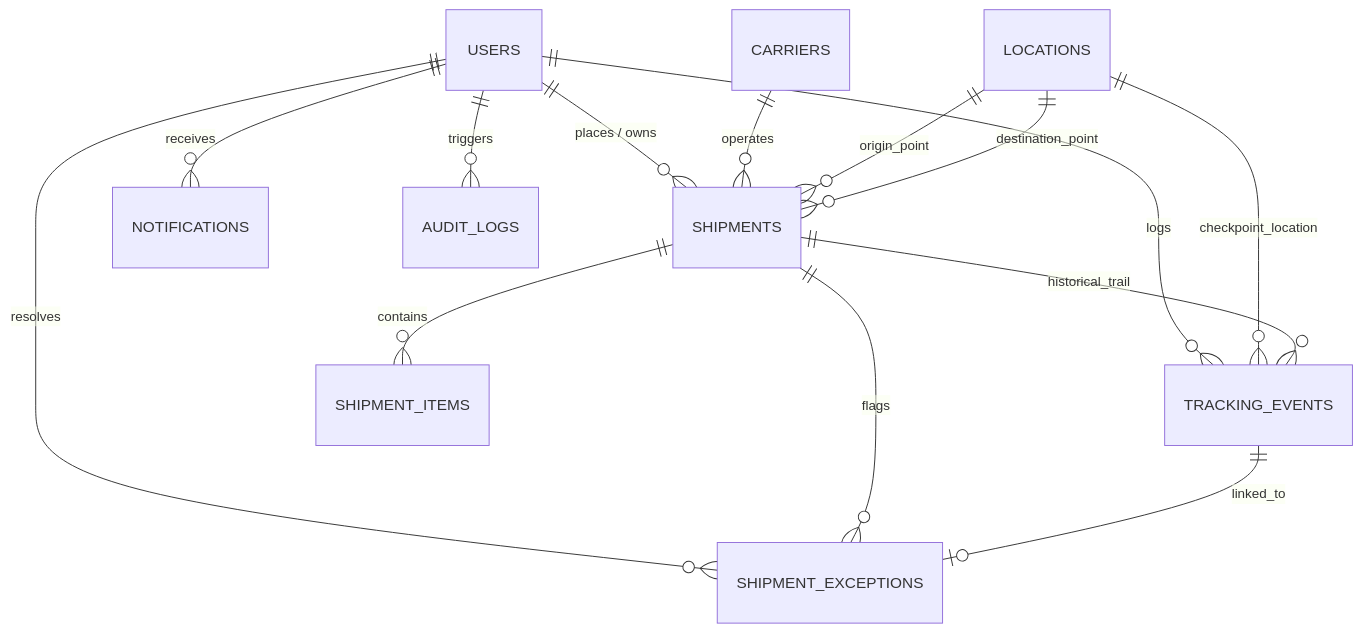
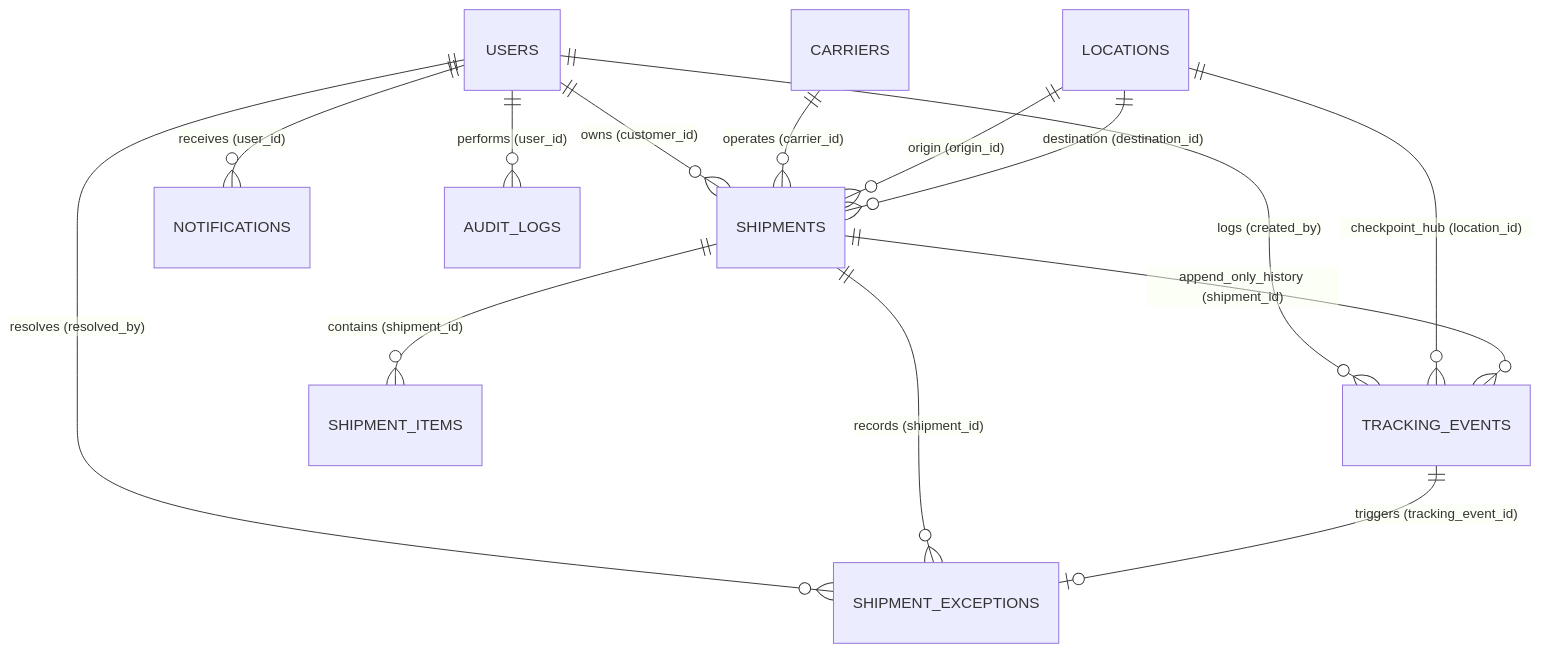
One commit to lidyawulan284-hash/CargoTrace changed the second of 2 diagrams in README.md. Above: the diagram before and after it, drawn with Mermaid. The commit also changed other lines of this file and 78 other files, not shown here.

````diff
--- a/README.md
+++ b/README.md
@@ -70,19 +92,19 @@
 ```mermaid
 erDiagram
-    USERS ||--o{ SHIPMENTS : "places / owns"
-    USERS ||--o{ TRACKING_EVENTS : "logs"
-    USERS ||--o{ SHIPMENT_EXCEPTIONS : "resolves"
-    USERS ||--o{ NOTIFICATIONS : "receives"
-    USERS ||--o{ AUDIT_LOGS : "triggers"
+    USERS ||--o{ SHIPMENTS : "owns (customer_id)"
+    USERS ||--o{ TRACKING_EVENTS : "logs (created_by)"
+    USERS ||--o{ SHIPMENT_EXCEPTIONS : "resolves (resolved_by)"
+    USERS ||--o{ NOTIFICATIONS : "receives (user_id)"
+    USERS ||--o{ AUDIT_LOGS : "performs (user_id)"
 
-    CARRIERS ||--o{ SHIPMENTS : "operates"
+    CARRIERS ||--o{ SHIPMENTS : "operates (carrier_id)"
 
-    LOCATIONS ||--o{ SHIPMENTS : "origin_point"
-    LOCATIONS ||--o{ SHIPMENTS : "destination_point"
-    LOCATIONS ||--o{ TRACKING_EVENTS : "checkpoint_location"
+    LOCATIONS ||--o{ SHIPMENTS : "origin (origin_id)"
+    LOCATIONS ||--o{ SHIPMENTS : "destination (destination_id)"
+    LOCATIONS ||--o{ TRACKING_EVENTS : "checkpoint_hub (location_id)"
 
-    SHIPMENTS ||--o{ SHIPMENT_ITEMS : "contains"
-    SHIPMENTS ||--o{ TRACKING_EVENTS : "historical_trail"
-    SHIPMENTS ||--o{ SHIPMENT_EXCEPTIONS : "flags"
-    TRACKING_EVENTS ||--o| SHIPMENT_EXCEPTIONS : "linked_to"
+    SHIPMENTS ||--o{ SHIPMENT_ITEMS : "contains (shipment_id)"
+    SHIPMENTS ||--o{ TRACKING_EVENTS : "append_only_history (shipment_id)"
+    SHIPMENTS ||--o{ SHIPMENT_EXCEPTIONS : "records (shipment_id)"
+    TRACKING_EVENTS ||--o| SHIPMENT_EXCEPTIONS : "triggers (tracking_event_id)"
 ```
````
